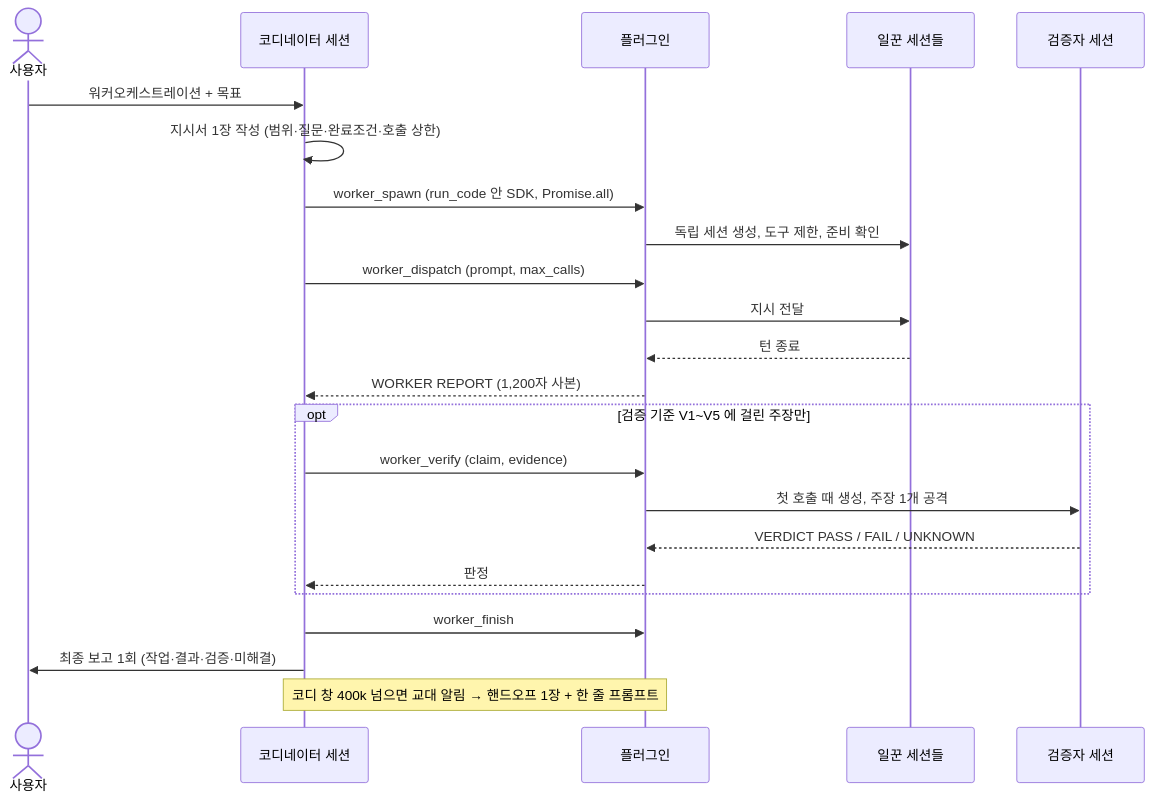
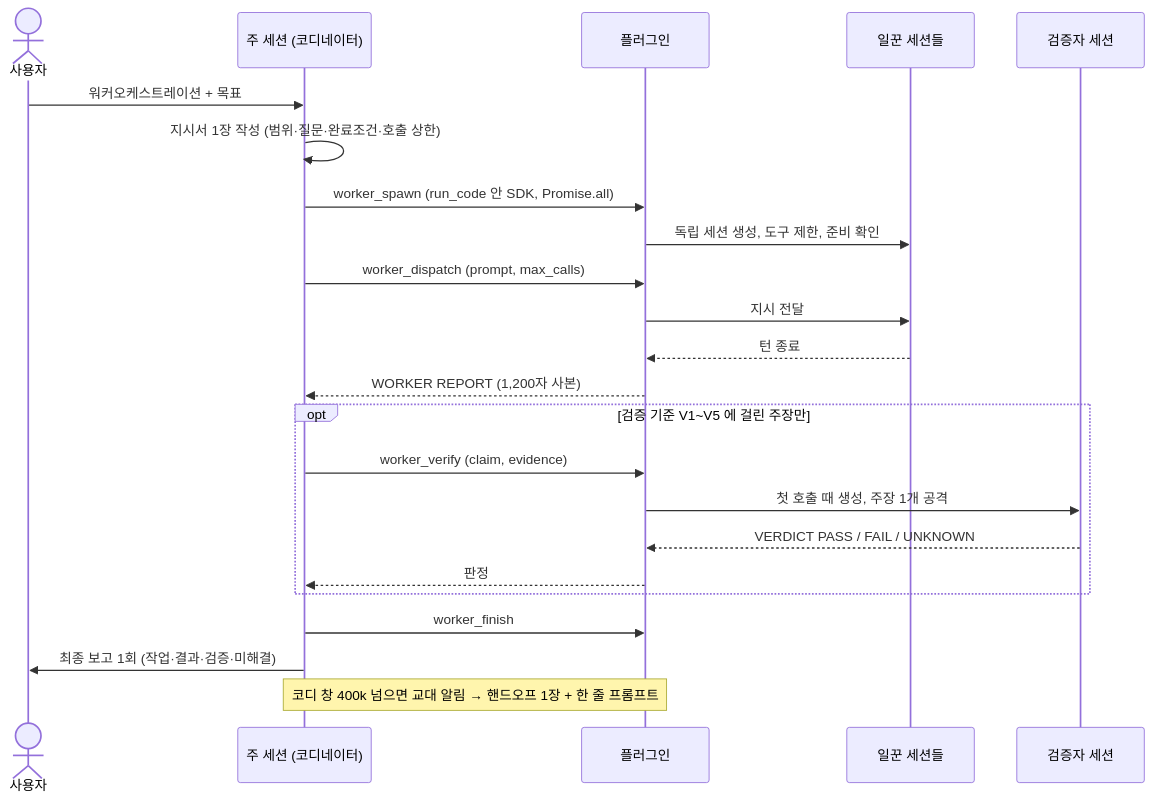
One commit to AION-Battlecruiser/dsh-skills changed the diagram in README.md. Above: the diagram before and after it, drawn with Mermaid. The commit also changed other lines of this file and 1 other file, not shown here.

````diff
--- a/README.md
+++ b/README.md
@@ -68,25 +82,25 @@
 ```mermaid
 sequenceDiagram
     actor U as 사용자
-    participant C as 코디네이터 세션
+    participant C as 주 세션 (코디네이터)
     participant P as 플러그인
     participant W as 일꾼 세션들
     participant V as 검증자 세션
     U->>C: 워커오케스트레이션 + 목표
     C->>C: 지시서 1장 작성 (범위·질문·완료조건·호출 상한)
     C->>P: worker_spawn (run_code 안 SDK, Promise.all)
     P->>W: 독립 세션 생성, 도구 제한, 준비 확인
     C->>P: worker_dispatch (prompt, max_calls)
     P->>W: 지시 전달
     W-->>P: 턴 종료
     P-->>C: WORKER REPORT (1,200자 사본)
     opt 검증 기준 V1~V5 에 걸린 주장만
         C->>P: worker_verify (claim, evidence)
         P->>V: 첫 호출 때 생성, 주장 1개 공격
         V-->>P: VERDICT PASS / FAIL / UNKNOWN
         P-->>C: 판정
     end
     C->>P: worker_finish
     C->>U: 최종 보고 1회 (작업·결과·검증·미해결)
     Note over C,P: 코디 창 400k 넘으면 교대 알림 → 핸드오프 1장 + 한 줄 프롬프트
 ```
````
